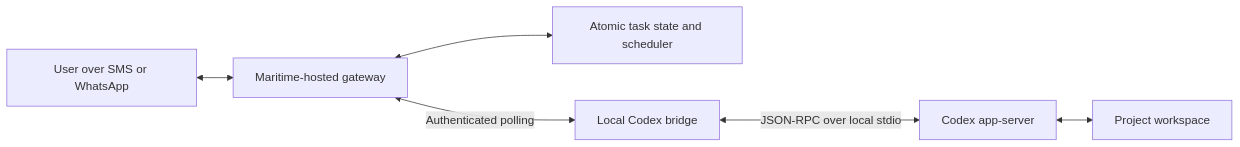
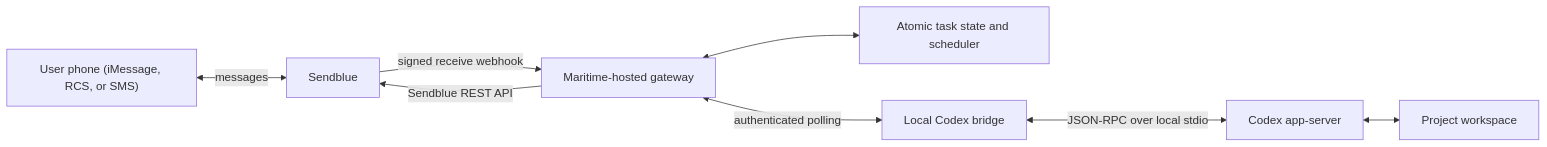
The diagram in docs/architecture.md (mgritzbach/codex-maritime), drawn with Mermaid before and after one commit. The commit also changed other lines of this file and 17 other files, not shown here.

````diff
--- a/docs/architecture.md
+++ b/docs/architecture.md
@@ -3,8 +3,10 @@
 ```mermaid
 flowchart LR
-  U["User over SMS or WhatsApp"] <--> G["Maritime-hosted gateway"]
+  U["User phone (iMessage, RCS, or SMS)"] <-->|"messages"| SB["Sendblue"]
+  SB -->|"signed receive webhook"| G["Maritime-hosted gateway"]
+  G -->|"Sendblue REST API"| SB
   G <--> S["Atomic task state and scheduler"]
-  G <-->|"Authenticated polling"| B["Local Codex bridge"]
+  G <-->|"authenticated polling"| B["Local Codex bridge"]
   B <-->|"JSON-RPC over local stdio"| C["Codex app-server"]
   C <--> P["Project workspace"]
 ```
````
